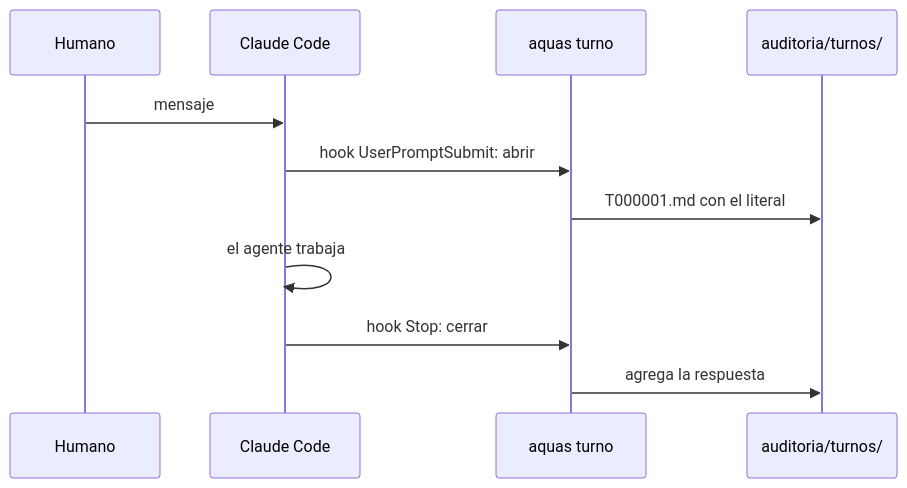
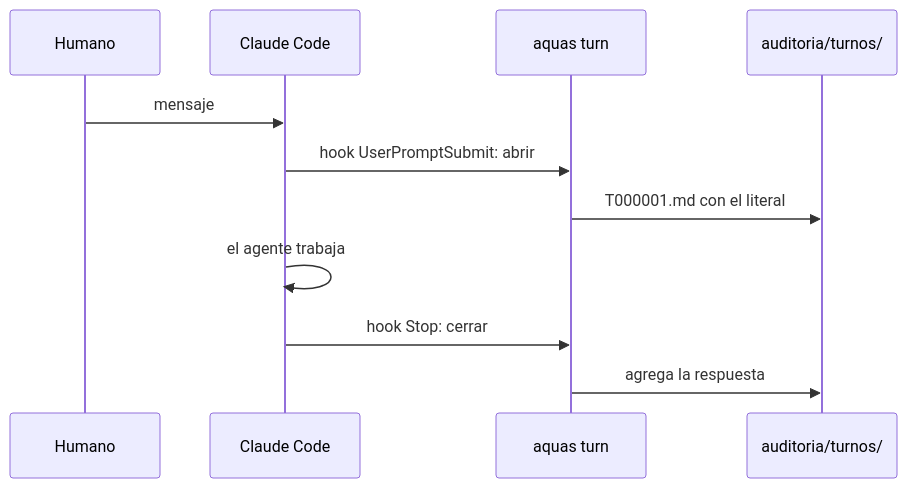
The diagram in docs/E001/F002/S001.md (jliberal-aquas/aquas-central-harness-government), drawn with Mermaid before and after one commit. The commit also changed other lines of this file and 184 other files, not shown here.

````diff
--- a/docs/E001/F002/S001.md
+++ b/docs/E001/F002/S001.md
@@ -41,13 +41,13 @@
 ```mermaid
 sequenceDiagram
     participant H as Humano
     participant C as Claude Code
-    participant A as aquas turno
+    participant A as aquas turn
     participant T as auditoria/turnos/
     H->>C: mensaje
     C->>A: hook UserPromptSubmit: abrir
     A->>T: T000001.md con el literal
     C->>C: el agente trabaja
     C->>A: hook Stop: cerrar
     A->>T: agrega la respuesta
 ```
````
